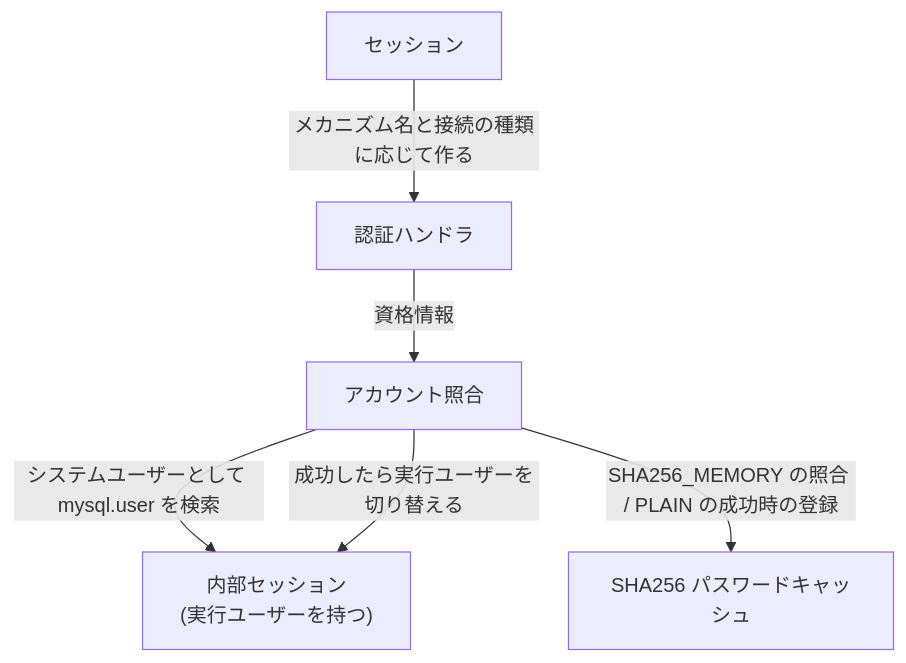
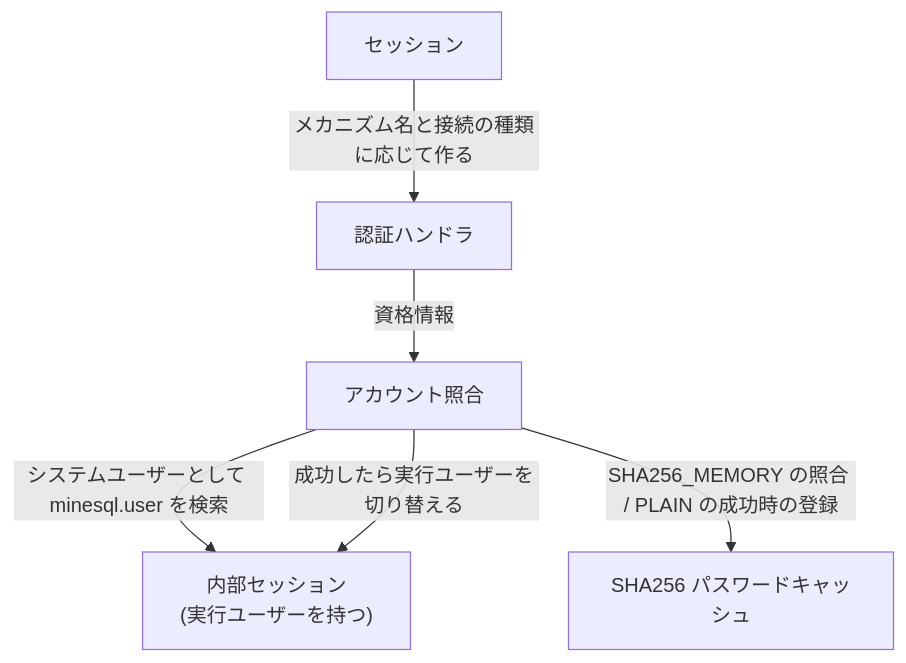
The first of 2 diagrams in docs/specification/connection/authentication.md (ren-yamanashi/minesql), drawn with Mermaid before and after one commit. The commit also changed other lines of this file and 8 other files, not shown here.

````diff
--- a/docs/specification/connection/authentication.md
+++ b/docs/specification/connection/authentication.md
@@ -21,8 +21,8 @@
 ```mermaid
 flowchart TD
     S["セッション"] -->|"メカニズム名と接続の種類に応じて作る"| A["認証ハンドラ"]
     A -->|"資格情報"| V["アカウント照合"]
-    V -->|"システムユーザーとして mysql.user を検索"| I["内部セッション<br/>(実行ユーザーを持つ)"]
+    V -->|"システムユーザーとして minesql.user を検索"| I["内部セッション<br/>(実行ユーザーを持つ)"]
     V -->|"成功したら実行ユーザーを切り替える"| I
     V -->|"SHA256_MEMORY の照合 / PLAIN の成功時の登録"| C["SHA256 パスワードキャッシュ"]
 ```
````
